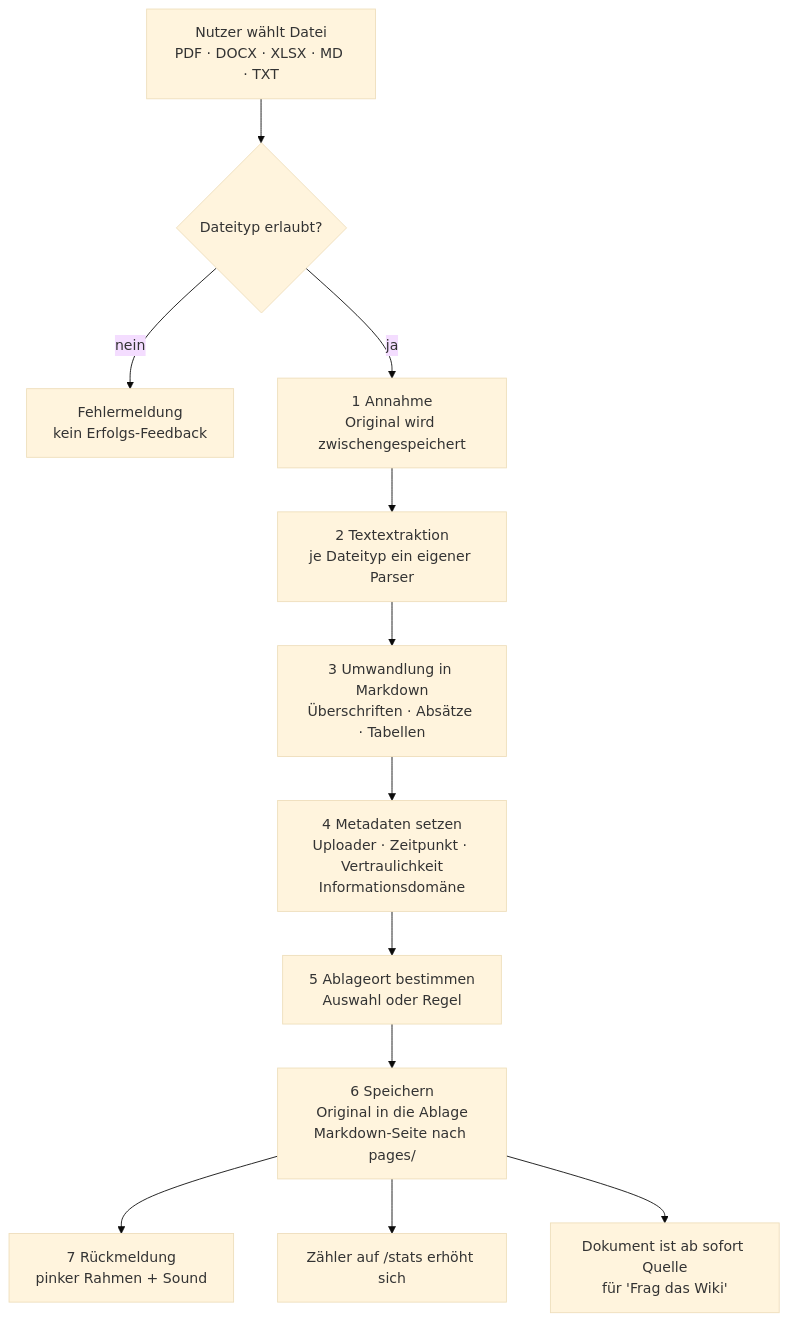
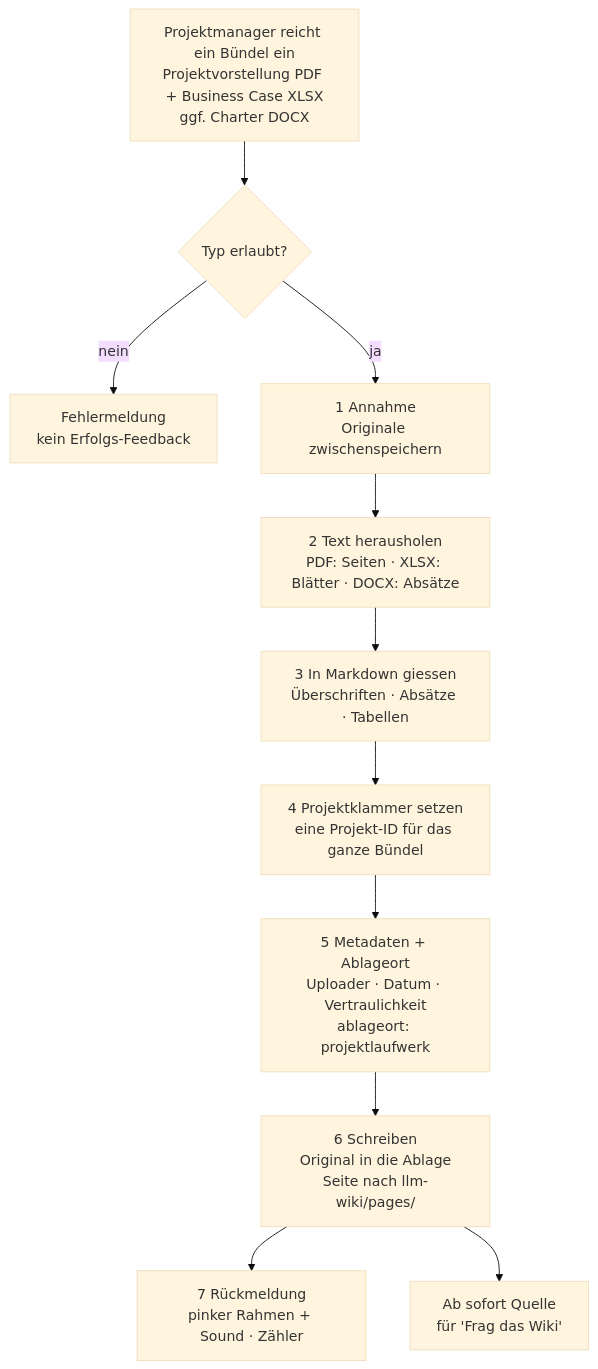
One commit to florianze6666/MediaparkBrain changed the diagram in docs/FUNKTIONSWEISE.md. Above: the diagram before and after it, drawn with Mermaid (base theme). The commit also changed other lines of this file, not shown here.

````diff
--- a/docs/FUNKTIONSWEISE.md
+++ b/docs/FUNKTIONSWEISE.md
@@ -71,14 +113,13 @@
 ```mermaid
 flowchart TD
-    A["Nutzer wählt Datei<br/>PDF · DOCX · XLSX · MD · TXT"] --> B{"Dateityp erlaubt?"}
+    A["Projektmanager reicht ein Bündel ein<br/>Projektvorstellung PDF + Business Case XLSX<br/>ggf. Charter DOCX"] --> B{"Typ erlaubt?"}
     B -- nein --> B1["Fehlermeldung<br/>kein Erfolgs-Feedback"]
-    B -- ja --> C["1 Annahme<br/>Original wird zwischengespeichert"]
-    C --> D["2 Textextraktion<br/>je Dateityp ein eigener Parser"]
-    D --> E["3 Umwandlung in Markdown<br/>Überschriften · Absätze · Tabellen"]
-    E --> F["4 Metadaten setzen<br/>Uploader · Zeitpunkt · Vertraulichkeit<br/>Informationsdomäne"]
-    F --> G["5 Ablageort bestimmen<br/>Auswahl oder Regel"]
-    G --> H["6 Speichern<br/>Original in die Ablage<br/>Markdown-Seite nach pages/"]
-    H --> I["7 Rückmeldung<br/>pinker Rahmen + Sound"]
-    H --> J["Zähler auf /stats erhöht sich"]
-    H --> K["Dokument ist ab sofort Quelle<br/>für 'Frag das Wiki'"]
+    B -- ja --> C["1 Annahme<br/>Originale zwischenspeichern"]
+    C --> D["2 Text herausholen<br/>PDF: Seiten · XLSX: Blätter · DOCX: Absätze"]
+    D --> E["3 In Markdown giessen<br/>Überschriften · Absätze · Tabellen"]
+    E --> F["4 Projektklammer setzen<br/>eine Projekt-ID für das ganze Bündel"]
+    F --> G["5 Metadaten + Ablageort<br/>Uploader · Datum · Vertraulichkeit<br/>ablageort: projektlaufwerk"]
+    G --> H["6 Schreiben<br/>Original in die Ablage<br/>Seite nach llm-wiki/pages/"]
+    H --> I["7 Rückmeldung<br/>pinker Rahmen + Sound · Zähler"]
+    H --> K["Ab sofort Quelle<br/>für 'Frag das Wiki'"]
 ```
````
